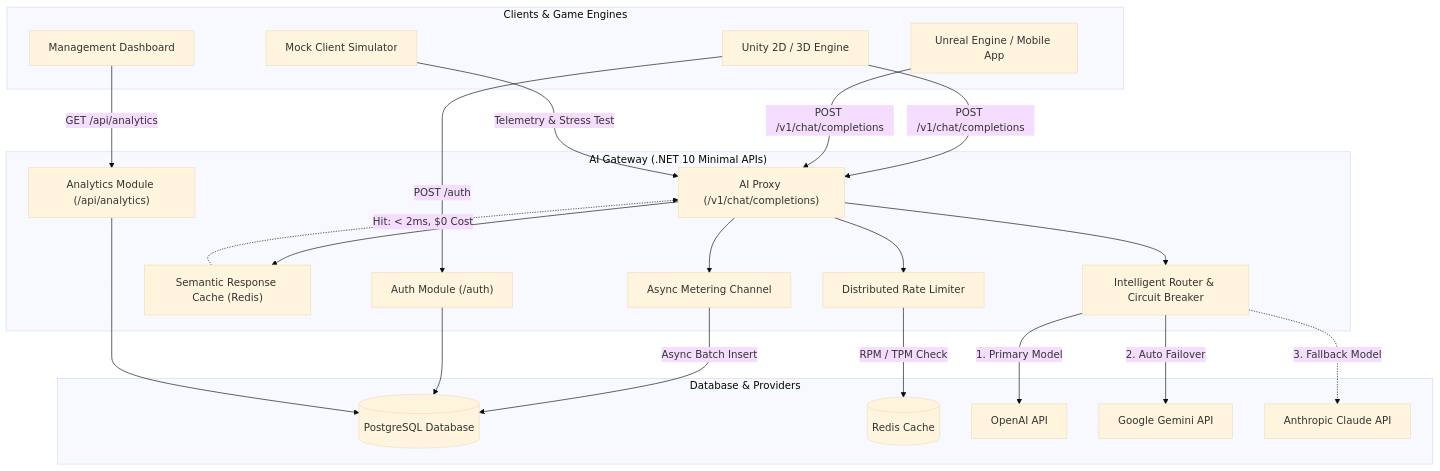
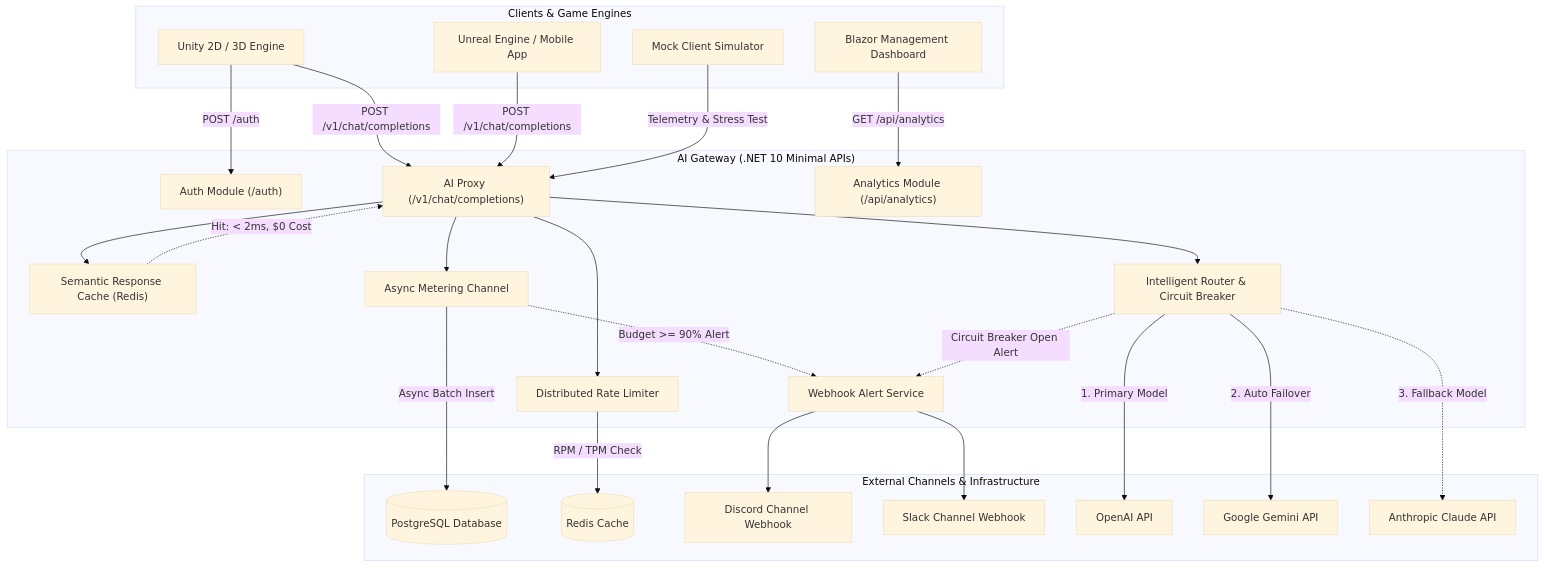
The diagram in README.md (NguyenMTue/AiGateWay), drawn with Mermaid (base theme) before and after one commit. The commit also changed other lines of this file and 1 other file, not shown here.

````diff
--- a/README.md
+++ b/README.md
@@ -51,49 +53,54 @@
 ```mermaid
 flowchart TD
     subgraph Clients["Clients & Game Engines"]
         UnityGame["Unity 2D / 3D Engine"]
         UnrealApp["Unreal Engine / Mobile App"]
         MockClient["Mock Client Simulator"]
-        WebApp["Management Dashboard"]
+        BlazorUI["Blazor Management Dashboard"]
     end
 
     subgraph Gateway["AI Gateway (.NET 10 Minimal APIs)"]
         AuthModule["Auth Module (/auth)"]
         ProxyModule["AI Proxy (/v1/chat/completions)"]
         SemCache["Semantic Response Cache (Redis)"]
         Router["Intelligent Router & Circuit Breaker"]
         Metering["Async Metering Channel"]
         AnalyticsModule["Analytics Module (/api/analytics)"]
+        WebhookNotifier["Webhook Alert Service"]
         RateLimiter["Distributed Rate Limiter"]
     end
 
-    subgraph Infrastructure["Database & Providers"]
+    subgraph Operations["External Channels & Infrastructure"]
         DB[(PostgreSQL Database)]
         RedisCache[(Redis Cache)]
+        Discord["Discord Channel Webhook"]
+        Slack["Slack Channel Webhook"]
         OpenAI["OpenAI API"]
         Gemini["Google Gemini API"]
         Anthropic["Anthropic Claude API"]
     end
 
     UnityGame -->|POST /auth| AuthModule
     UnityGame -->|POST /v1/chat/completions| ProxyModule
     UnrealApp -->|POST /v1/chat/completions| ProxyModule
     MockClient -->|Telemetry & Stress Test| ProxyModule
-    WebApp -->|GET /api/analytics| AnalyticsModule
+    BlazorUI -->|GET /api/analytics| AnalyticsModule
 
     ProxyModule --> RateLimiter
     RateLimiter -->|RPM / TPM Check| RedisCache
 
     ProxyModule --> SemCache
     SemCache -.->|Hit: < 2ms, $0 Cost| ProxyModule
 
     ProxyModule --> Router
     Router -->|1. Primary Model| OpenAI
     Router -->|2. Auto Failover| Gemini
     Router -.->|3. Fallback Model| Anthropic
 
     ProxyModule --> Metering
     Metering -->|Async Batch Insert| DB
-    AuthModule --> DB
-    AnalyticsModule --> DB
+    Metering -.->|Budget >= 90% Alert| WebhookNotifier
+    Router -.->|Circuit Breaker Open Alert| WebhookNotifier
+    WebhookNotifier --> Discord
+    WebhookNotifier --> Slack
 ```
````
